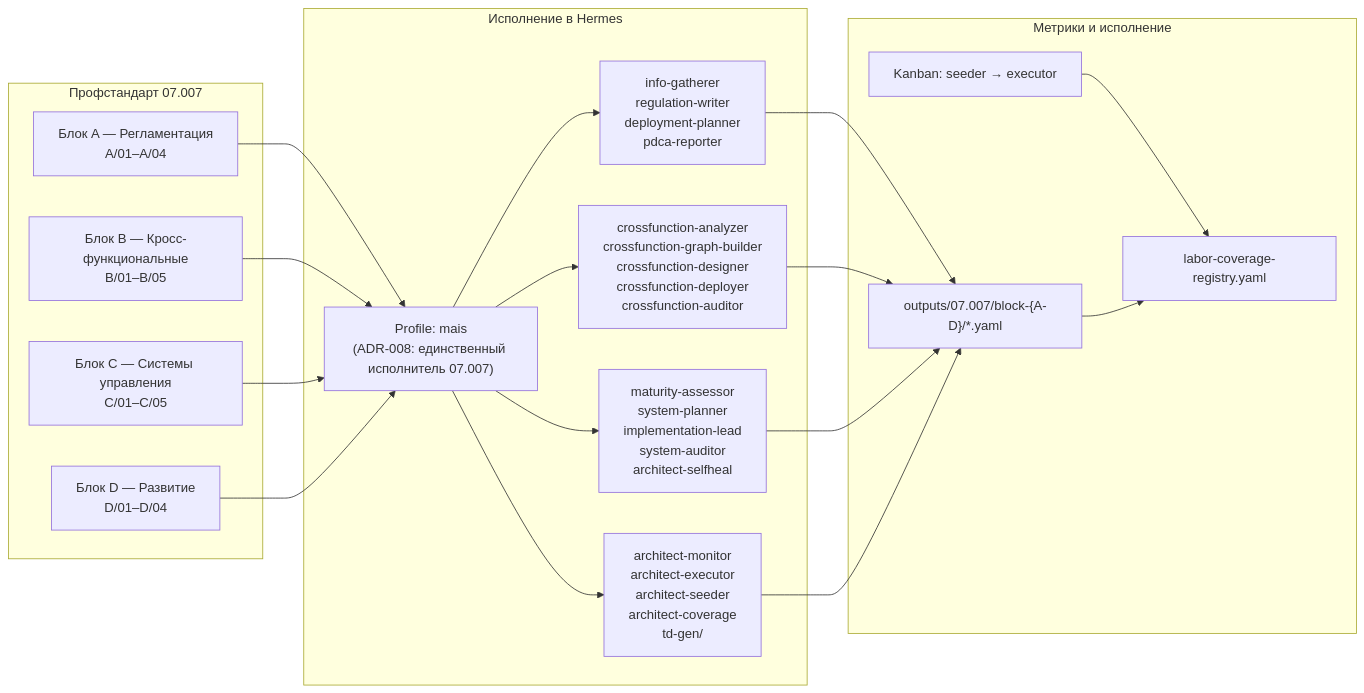
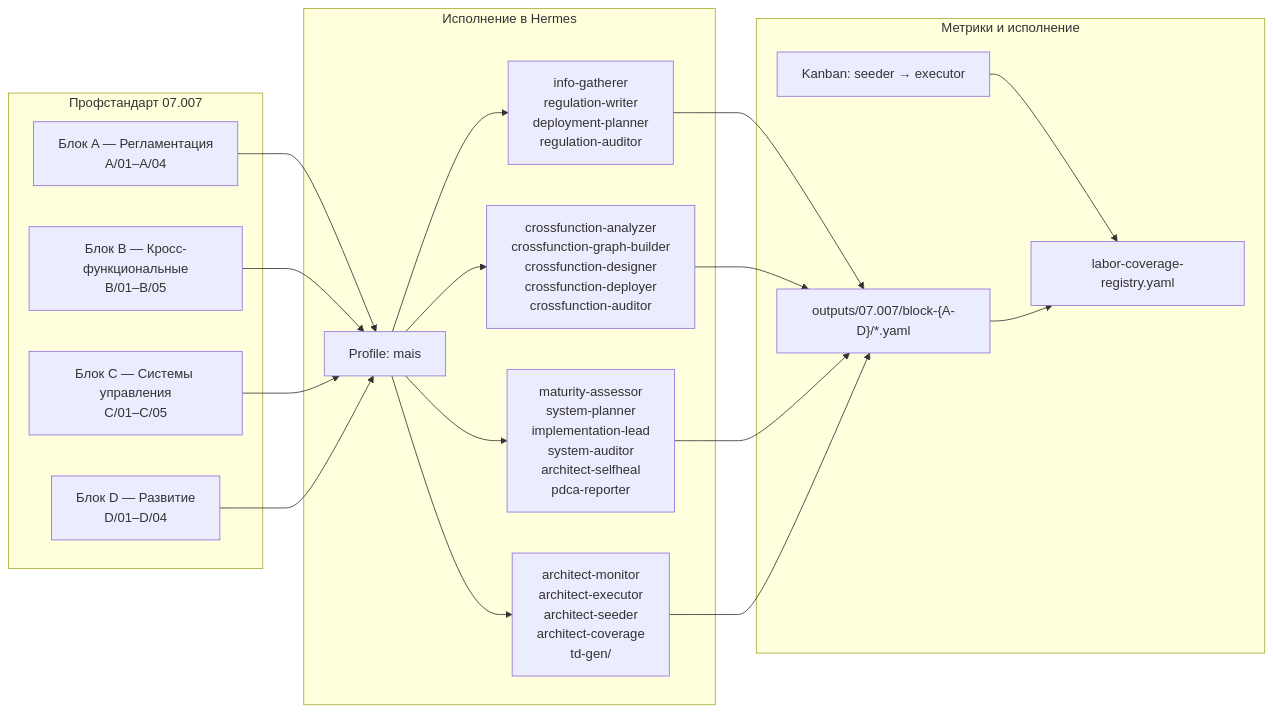
One commit to mlenkov/hermes-process-architecture changed the diagram in README.md. Above: the diagram before and after it, drawn with Mermaid. The commit also changed other lines of this file and 51 other files, not shown here.

````diff
--- a/README.md
+++ b/README.md
@@ -34,36 +34,36 @@
 ```mermaid
 flowchart LR
     subgraph L1["Профстандарт 07.007"]
         B_A["Блок A — Регламентация<br/>А/01–А/04"]
         B_B["Блок B — Кросс-функциональные<br/>В/01–В/05"]
         B_C["Блок C — Системы управления<br/>С/01–С/05"]
         B_D["Блок D — Развитие<br/>D/01–D/04"]
     end
 
     subgraph L3["Исполнение в Hermes"]
-        P_MAIS["Profile: mais<br/>(ADR-008: единственный исполнитель 07.007)"]
+        P_MAIS["Profile: mais"]
 
-        S_A["info-gatherer<br/>regulation-writer<br/>deployment-planner<br/>pdca-reporter"]
+        S_A["info-gatherer<br/>regulation-writer<br/>deployment-planner<br/>regulation-auditor"]
         S_B["crossfunction-analyzer<br/>crossfunction-graph-builder<br/>crossfunction-designer<br/>crossfunction-deployer<br/>crossfunction-auditor"]
-        S_C["maturity-assessor<br/>system-planner<br/>implementation-lead<br/>system-auditor<br/>architect-selfheal"]
+        S_C["maturity-assessor<br/>system-planner<br/>implementation-lead<br/>system-auditor<br/>architect-selfheal<br/>pdca-reporter"]
         S_D["architect-monitor<br/>architect-executor<br/>architect-seeder<br/>architect-coverage<br/>td-gen/"]
     end
 
     B_A --> P_MAIS --> S_A
     B_B --> P_MAIS --> S_B
     B_C --> P_MAIS --> S_C
     B_D --> P_MAIS --> S_D
 
     subgraph L4["Метрики и исполнение"]
         KANBAN["Kanban: seeder → executor"]
         REG["labor-coverage-registry.yaml"]
         ARTS["outputs/07.007/block-{A-D}/*.yaml"]
     end
 
     S_A --> ARTS
     S_B --> ARTS
     S_C --> ARTS
     S_D --> ARTS
     KANBAN --> REG
     ARTS --> REG
 ```
````
